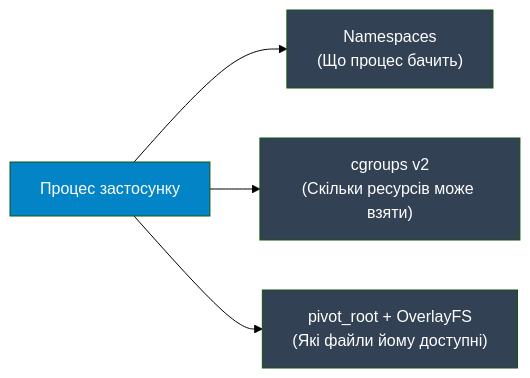
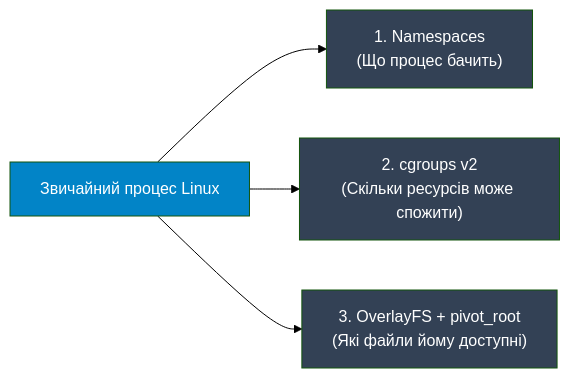
One commit to vplanto/cloud_grid changed the second of 3 diagrams in docs/03_isolation_mechanics.md. Above: the diagram before and after it, drawn with Mermaid (forest theme). The commit also changed other lines of this file and 11 other files, not shown here.

````diff
--- a/docs/03_isolation_mechanics.md
+++ b/docs/03_isolation_mechanics.md
@@ -175,11 +154,11 @@
 ```mermaid
 flowchart LR
-    P["Процес застосунку"] --> N["Namespaces<br>(Що процес бачить)"]
-    P --> C["cgroups v2<br>(Скільки ресурсів може взяти)"]
-    P --> F["pivot_root + OverlayFS<br>(Які файли йому доступні)"]
+    P["Звичайний процес Linux"] --> N["1. Namespaces<br>(Що процес бачить)"]
+    P --> C["2. cgroups v2<br>(Скільки ресурсів може спожити)"]
+    P --> F["3. OverlayFS + pivot_root<br>(Які файли йому доступні)"]
 
     style P fill:#0284c7,color:#fff
     style N fill:#334155,color:#fff
     style C fill:#334155,color:#fff
     style F fill:#334155,color:#fff
 ```
````
